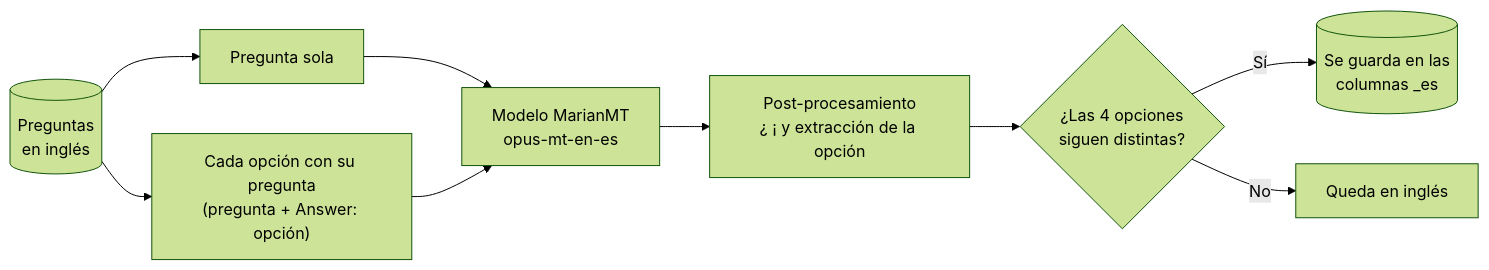
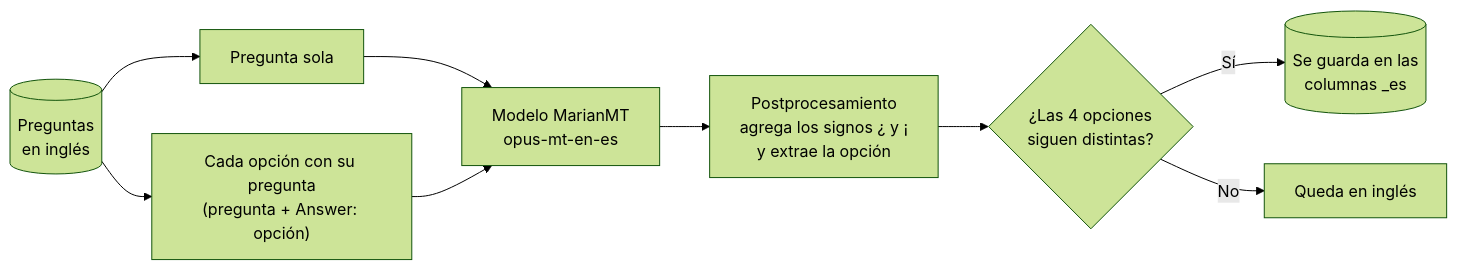
One commit to Aetther/Prac-I-Prac-Prof-II-CDIA changed the fourth of 4 diagrams in README.md. Above: the diagram before and after it, drawn with Mermaid (forest theme). The commit also changed other lines of this file, not shown here.

Commit message:
README: texto más claro en los diagramas

````diff
--- a/README.md
+++ b/README.md
@@ -529,11 +529,11 @@
 ```mermaid
 flowchart LR
     A[(Preguntas<br/>en inglés)] --> B[Pregunta sola]
     A --> C["Cada opción con su pregunta<br/>(pregunta + Answer: opción)"]
     B --> D[Modelo MarianMT<br/>opus-mt-en-es]
     C --> D
-    D --> E[Post-procesamiento<br/>¿ ¡ y extracción de la opción]
+    D --> E["Postprocesamiento<br/>agrega los signos ¿ y ¡<br/>y extrae la opción"]
     E --> F{¿Las 4 opciones<br/>siguen distintas?}
     F -->|Sí| G[(Se guarda en las<br/>columnas _es)]
     F -->|No| H[Queda en inglés]
 ```
````
